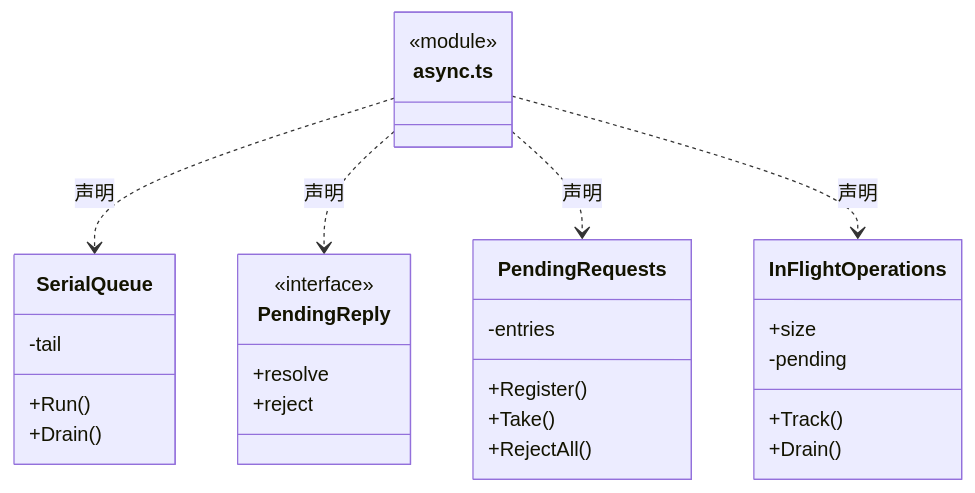
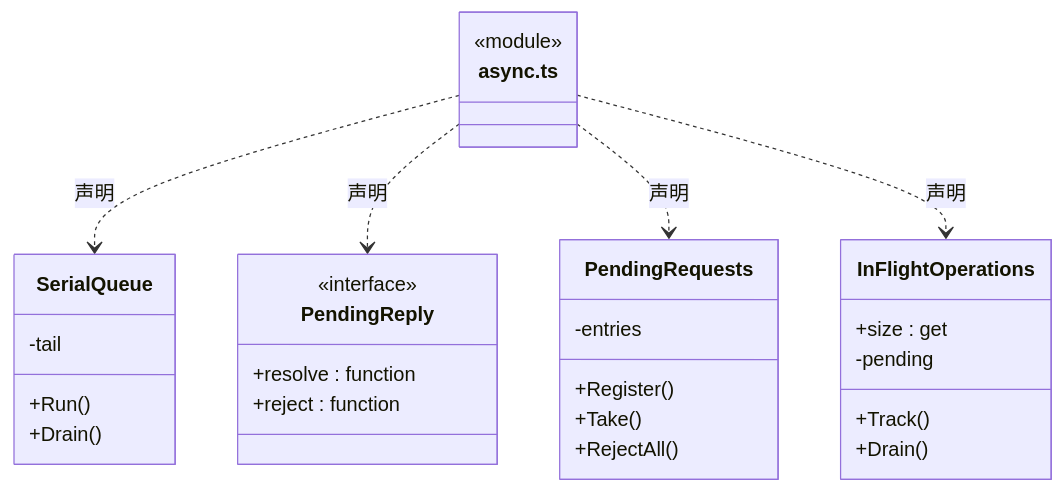
The first of 8 diagrams in src/core/utility/ARCHITECTURE.md (nan023062/cbim), drawn with Mermaid before and after one commit. The commit also changed other lines of this file and 137 other files, not shown here.

Commit message:
fix: align architecture generator with documentation standards

````diff
--- a/src/core/utility/ARCHITECTURE.md
+++ b/src/core/utility/ARCHITECTURE.md
@@ -190,32 +192,32 @@
 ```mermaid
 classDiagram
 class N_src_core_utility_async_ts["async.ts"] {
   <<module>>
 }
 class N_src_core_utility_async_ts_SerialQueue["SerialQueue"] {
   +Run()
   +Drain()
   -tail
 }
 N_src_core_utility_async_ts ..> N_src_core_utility_async_ts_SerialQueue : 声明
 class N_src_core_utility_async_ts_PendingReply["PendingReply"] {
   <<interface>>
-  +resolve
-  +reject
+  +resolve : function
+  +reject : function
 }
 N_src_core_utility_async_ts ..> N_src_core_utility_async_ts_PendingReply : 声明
 class N_src_core_utility_async_ts_PendingRequests["PendingRequests"] {
   +Register()
   +Take()
   +RejectAll()
   -entries
 }
 N_src_core_utility_async_ts ..> N_src_core_utility_async_ts_PendingRequests : 声明
 class N_src_core_utility_async_ts_InFlightOperations["InFlightOperations"] {
-  +size
+  +size : get
   +Track()
   +Drain()
   -pending
 }
 N_src_core_utility_async_ts ..> N_src_core_utility_async_ts_InFlightOperations : 声明
 ```
````
